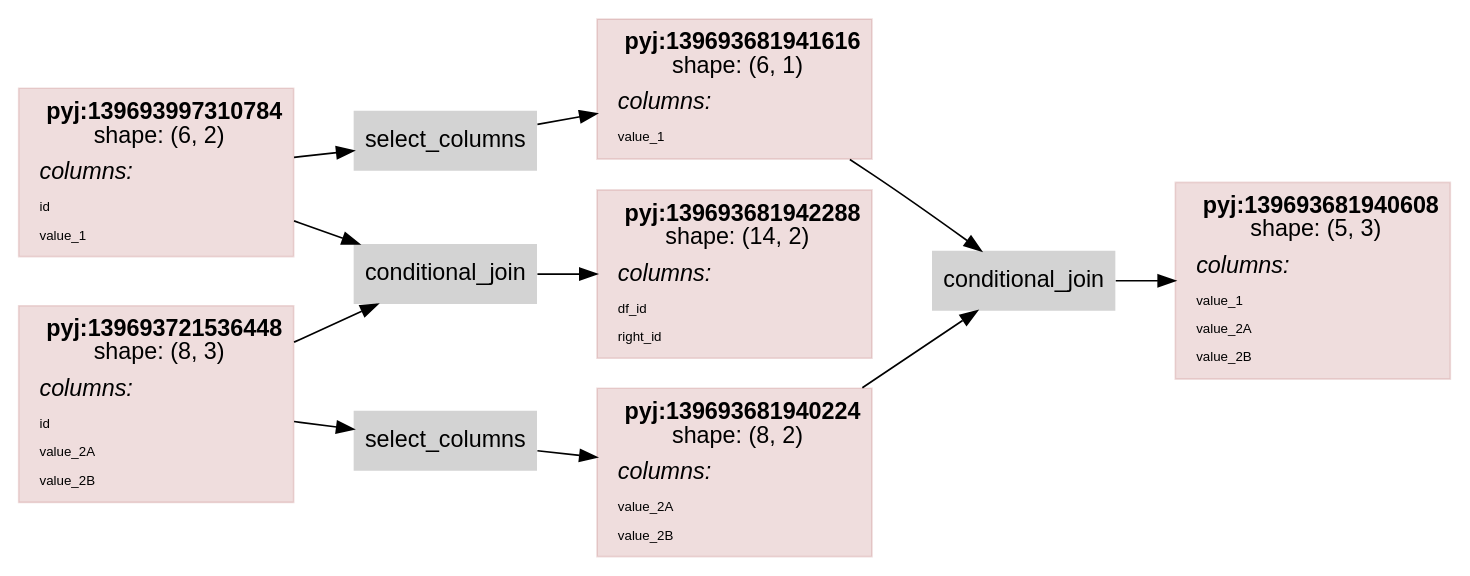
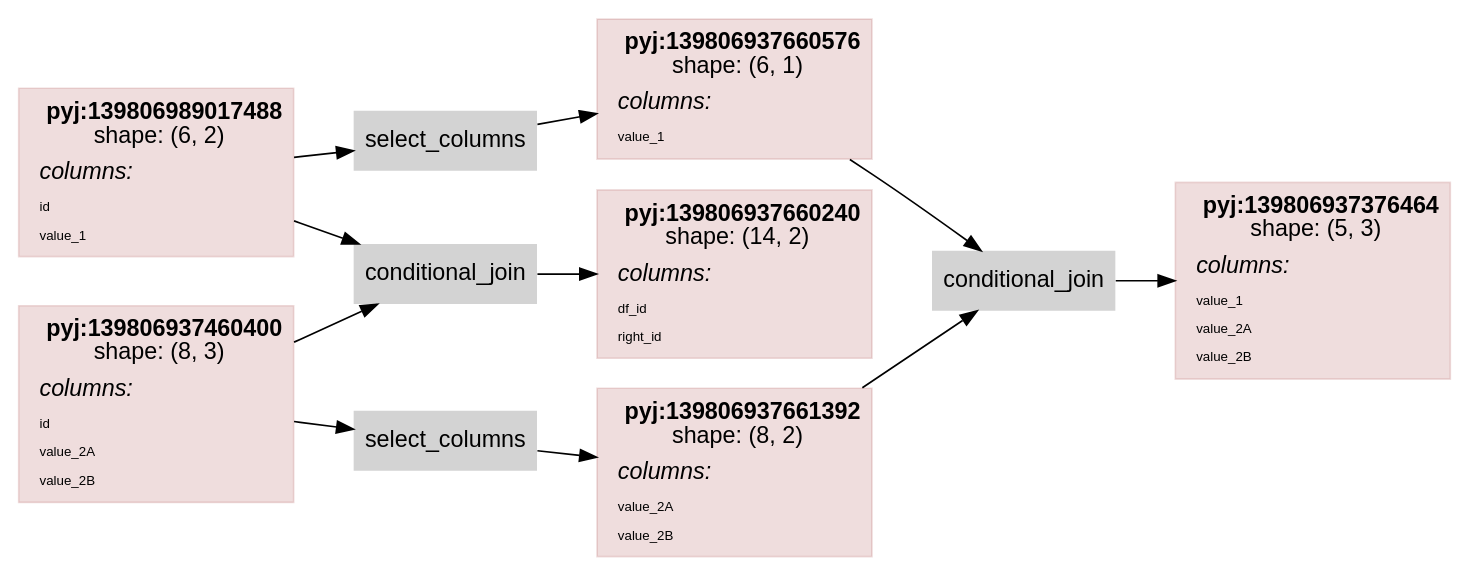
One commit to asmirnov69/pyjviz-poc changed the diagram in scripts/rdflog/conditional_join.ttl.dot. Above: the diagram before and after it, drawn with Graphviz. The commit also changed 21 other files, not shown here.

```diff
--- a/scripts/rdflog/conditional_join.ttl.dot
+++ b/scripts/rdflog/conditional_join.ttl.dot
@@ -1,89 +1,89 @@
 
     digraph G {
     rankdir = "LR"
     fontname="Helvetica,Arial,sans-serif"
     node [ 
       style=filled
       shape=rect
       pencolor="#00000044" // frames color
       fontname="Helvetica,Arial,sans-serif"
       shape=plaintext
     ]
     edge [fontname="Helvetica,Arial,sans-serif"]    
     
 node0_0 [ 
                 color="#88000022"
                 shape = rect
                 label = <<table border="0" cellborder="0" cellspacing="0" cellpadding="4">
-                         <tr> <td> <b>pyj:139693997310784</b><br/>shape: (6, 2)</td> </tr>
+                         <tr> <td> <b>pyj:139806989017488</b><br/>shape: (6, 2)</td> </tr>
                          <tr> <td align="left"><i>columns:</i><br align="left"/></td></tr>
                 <tr><td align="left"><FONT POINT-SIZE="8px">id</FONT></td></tr>
 <tr><td align="left"><FONT POINT-SIZE="8px">value_1</FONT></td></tr>
                          </table>>
                 ];
 node0_1 [ 
                 color="#88000022"
                 shape = rect
                 label = <<table border="0" cellborder="0" cellspacing="0" cellpadding="4">
-                         <tr> <td> <b>pyj:139693681942288</b><br/>shape: (14, 2)</td> </tr>
+                         <tr> <td> <b>pyj:139806937660240</b><br/>shape: (14, 2)</td> </tr>
                          <tr> <td align="left"><i>columns:</i><br align="left"/></td></tr>
                 <tr><td align="left"><FONT POINT-SIZE="8px">df_id</FONT></td></tr>
 <tr><td align="left"><FONT POINT-SIZE="8px">right_id</FONT></td></tr>
                          </table>>
                 ];
 node0_2 [ 
                 color="#88000022"
                 shape = rect
                 label = <<table border="0" cellborder="0" cellspacing="0" cellpadding="4">
-                         <tr> <td> <b>pyj:139693721536448</b><br/>shape: (8, 3)</td> </tr>
+                         <tr> <td> <b>pyj:139806937460400</b><br/>shape: (8, 3)</td> </tr>
                          <tr> <td align="left"><i>columns:</i><br align="left"/></td></tr>
                 <tr><td align="left"><FONT POINT-SIZE="8px">id</FONT></td></tr>
 <tr><td align="left"><FONT POINT-SIZE="8px">value_2A</FONT></td></tr>
 <tr><td align="left"><FONT POINT-SIZE="8px">value_2B</FONT></td></tr>
                          </table>>
                 ];
 node0_3 [ 
                 color="#88000022"
                 shape = rect
                 label = <<table border="0" cellborder="0" cellspacing="0" cellpadding="4">
-                         <tr> <td> <b>pyj:139693681941616</b><br/>shape: (6, 1)</td> </tr>
+                         <tr> <td> <b>pyj:139806937660576</b><br/>shape: (6, 1)</td> </tr>
                          <tr> <td align="left"><i>columns:</i><br align="left"/></td></tr>
                 <tr><td align="left"><FONT POINT-SIZE="8px">value_1</FONT></td></tr>
                          </table>>
                 ];
 node0_4 [ 
                 color="#88000022"
                 shape = rect
                 label = <<table border="0" cellborder="0" cellspacing="0" cellpadding="4">
-                         <tr> <td> <b>pyj:139693681940224</b><br/>shape: (8, 2)</td> </tr>
+                         <tr> <td> <b>pyj:139806937661392</b><br/>shape: (8, 2)</td> </tr>
                          <tr> <td align="left"><i>columns:</i><br align="left"/></td></tr>
                 <tr><td align="left"><FONT POINT-SIZE="8px">value_2A</FONT></td></tr>
 <tr><td align="left"><FONT POINT-SIZE="8px">value_2B</FONT></td></tr>
                          </table>>
                 ];
 node0_5 [ 
                 color="#88000022"
                 shape = rect
                 label = <<table border="0" cellborder="0" cellspacing="0" cellpadding="4">
-                         <tr> <td> <b>pyj:139693681940608</b><br/>shape: (5, 3)</td> </tr>
+                         <tr> <td> <b>pyj:139806937376464</b><br/>shape: (5, 3)</td> </tr>
                          <tr> <td align="left"><i>columns:</i><br align="left"/></td></tr>
                 <tr><td align="left"><FONT POINT-SIZE="8px">value_1</FONT></td></tr>
 <tr><td align="left"><FONT POINT-SIZE="8px">value_2A</FONT></td></tr>
 <tr><td align="left"><FONT POINT-SIZE="8px">value_2B</FONT></td></tr>
                          </table>>
                 ];
 node0_6 [ label = "conditional_join" ];
 node0_7 [ label = "select_columns" ];
 node0_8 [ label = "select_columns" ];
 node0_9 [ label = "conditional_join" ];
 node0_0 -> node0_6;
 node0_0 -> node0_7;
 node0_2 -> node0_6;
 node0_2 -> node0_8;
 node0_3 -> node0_9;
 node0_4 -> node0_9;
 node0_6 -> node0_1;
 node0_7 -> node0_3;
 node0_8 -> node0_4;
 node0_9 -> node0_5;
 }
```
